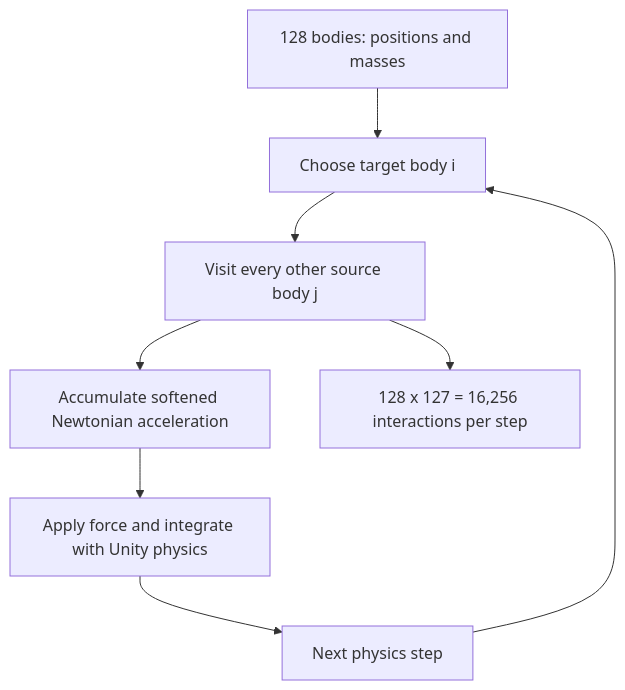
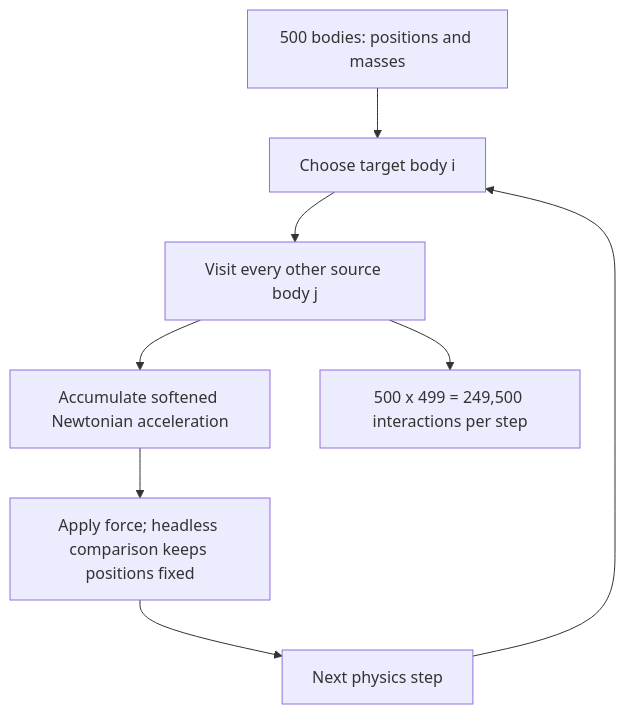
One commit to HoomanJCode/BatchProcess-Benchmark changed the diagram in README.md. Above: the diagram before and after it, drawn with Mermaid. The commit also changed other lines of this file, not shown here.

````diff
--- a/README.md
+++ b/README.md
@@ -71,10 +73,10 @@
 ```mermaid
 flowchart TD
-    A[128 bodies: positions and masses] --> B[Choose target body i]
+    A[500 bodies: positions and masses] --> B[Choose target body i]
     B --> C[Visit every other source body j]
     C --> D[Accumulate softened Newtonian acceleration]
-    D --> E[Apply force and integrate with Unity physics]
+    D --> E[Apply force; headless comparison keeps positions fixed]
     E --> F[Next physics step]
     F --> B
-    C --> G[128 x 127 = 16,256 interactions per step]
+    C --> G[500 x 499 = 249,500 interactions per step]
 ```
````
